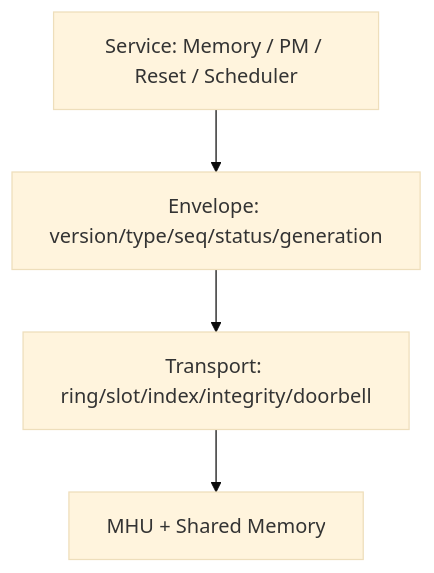
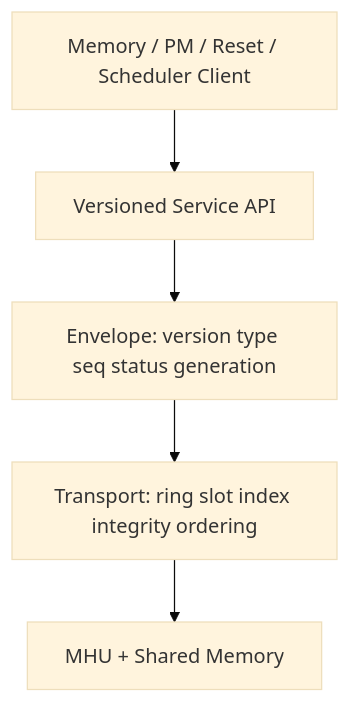
The diagram in pages/feature-fw-versioned-protocol.page.md (cheng3100/time_update_task), drawn with Mermaid (base theme) before and after one commit. The commit also changed other lines of this file, not shown here.

````diff
--- a/pages/feature-fw-versioned-protocol.page.md
+++ b/pages/feature-fw-versioned-protocol.page.md
@@ -16,8 +25,9 @@
 ```mermaid
 flowchart TB
-S[Service: Memory / PM / Reset / Scheduler]
-E[Envelope: version/type/seq/status/generation]
-T[Transport: ring/slot/index/integrity/doorbell]
+C[Memory / PM / Reset / Scheduler Client]
+S[Versioned Service API]
+E[Envelope: version type seq status generation]
+T[Transport: ring slot index integrity ordering]
 H[MHU + Shared Memory]
-S --> E --> T --> H
+C --> S --> E --> T --> H
 ```
````
